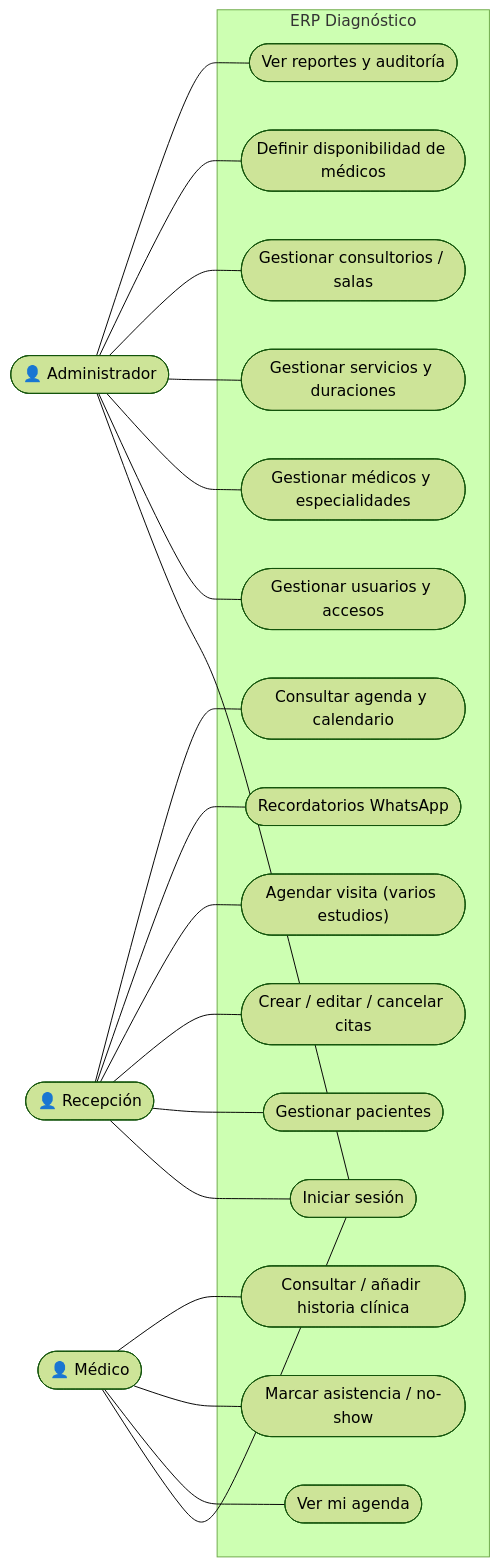
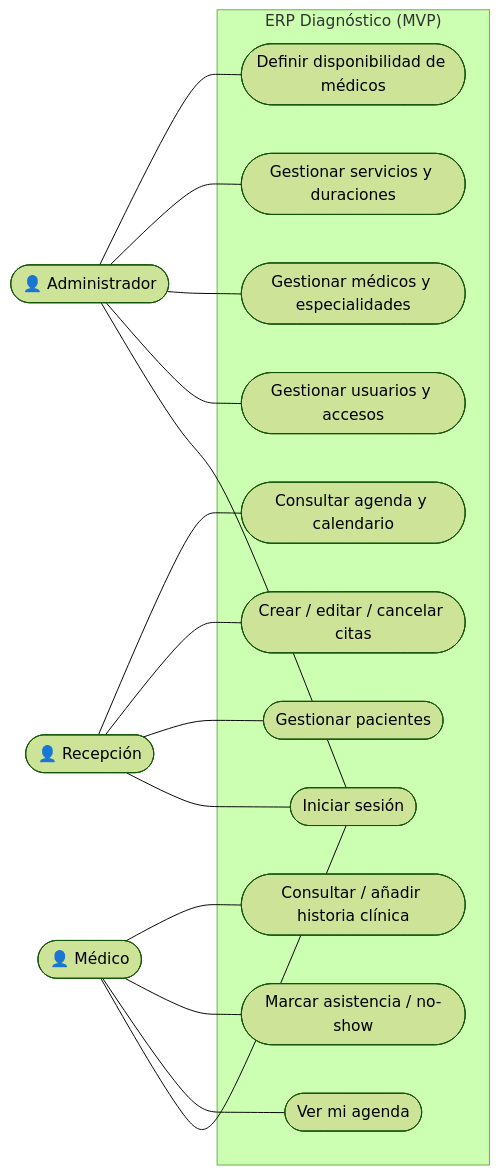
The diagram in docs/CASOS-DE-USO.md (DhanaCorredor/diagnostico-backend), drawn with Mermaid (forest theme) before and after one commit. The commit also changed other lines of this file and 4 other files, not shown here.

````diff
--- a/docs/CASOS-DE-USO.md
+++ b/docs/CASOS-DE-USO.md
@@ -7,45 +7,37 @@
 ```mermaid
 flowchart LR
     admin(["👤 Administrador"])
     recep(["👤 Recepción"])
     medico(["👤 Médico"])
 
-    subgraph SIS["ERP Diagnóstico"]
+    subgraph SIS["ERP Diagnóstico (MVP)"]
         login(["Iniciar sesión"])
         uUsuarios(["Gestionar usuarios y accesos"])
         uMedicos(["Gestionar médicos y especialidades"])
         uServicios(["Gestionar servicios y duraciones"])
-        uConsultorios(["Gestionar consultorios / salas"])
         uDisp(["Definir disponibilidad de médicos"])
-        uReportes(["Ver reportes y auditoría"])
         uPacientes(["Gestionar pacientes"])
         uCitas(["Crear / editar / cancelar citas"])
-        uVisita(["Agendar visita (varios estudios)"])
-        uRecord(["Recordatorios WhatsApp"])
         uAgenda(["Consultar agenda y calendario"])
         uMiAgenda(["Ver mi agenda"])
         uAsistencia(["Marcar asistencia / no-show"])
         uHistoria(["Consultar / añadir historia clínica"])
     end
 
     admin --- login
     recep --- login
     medico --- login
 
     admin --- uUsuarios
     admin --- uMedicos
     admin --- uServicios
-    admin --- uConsultorios
     admin --- uDisp
-    admin --- uReportes
 
     recep --- uPacientes
     recep --- uCitas
-    recep --- uVisita
-    recep --- uRecord
     recep --- uAgenda
 
     medico --- uMiAgenda
     medico --- uAsistencia
     medico --- uHistoria
 ```
````
